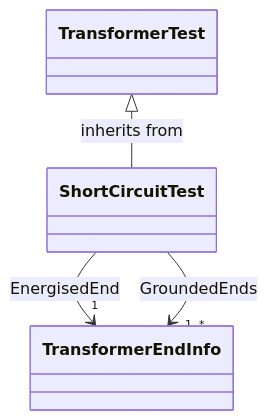
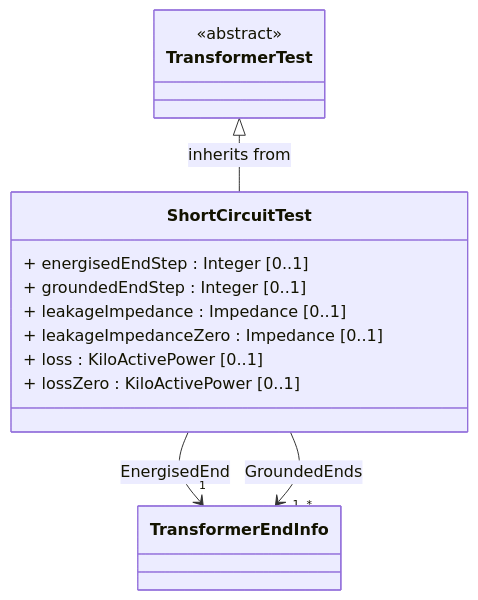
One commit to PNNL-CIM-Tools/CIM-Graph changed the fourth of 14 diagrams in cimgraph/data_profile/cim18gmdm/asset/Asset.rdfs-t2b.md. Above: the diagram before and after it, drawn with Mermaid. The commit also changed other lines of this file and 28 other files, not shown here.

````diff
--- a/cimgraph/data_profile/cim18gmdm/asset/Asset.rdfs-t2b.md
+++ b/cimgraph/data_profile/cim18gmdm/asset/Asset.rdfs-t2b.md
@@ -218,8 +215,27 @@
 ```mermaid
 classDiagram
-class ShortCircuitTest{
+direction TB
+
+class ShortCircuitTest {
++ energisedEndStep : Integer [0..1]
++ groundedEndStep : Integer [0..1]
++ leakageImpedance : Impedance [0..1]
++ leakageImpedanceZero : Impedance [0..1]
++ loss : KiloActivePower [0..1]
++ lossZero : KiloActivePower [0..1]
 }
+
+class TransformerTest {
+<<abstract>>
+}
+
 TransformerTest <|-- ShortCircuitTest : inherits from
+class TransformerEndInfo {
+}
+
 ShortCircuitTest --> "1" TransformerEndInfo : EnergisedEnd
+class TransformerEndInfo {
+}
+
 ShortCircuitTest --> "1..*" TransformerEndInfo : GroundedEnds
 ```
````
